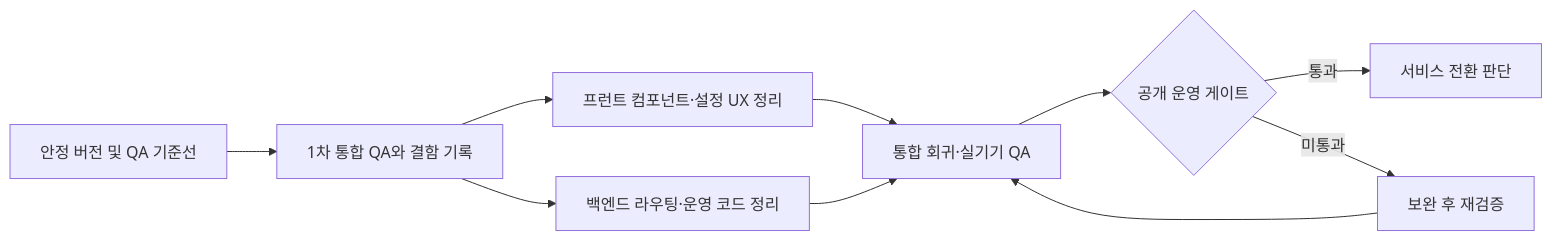
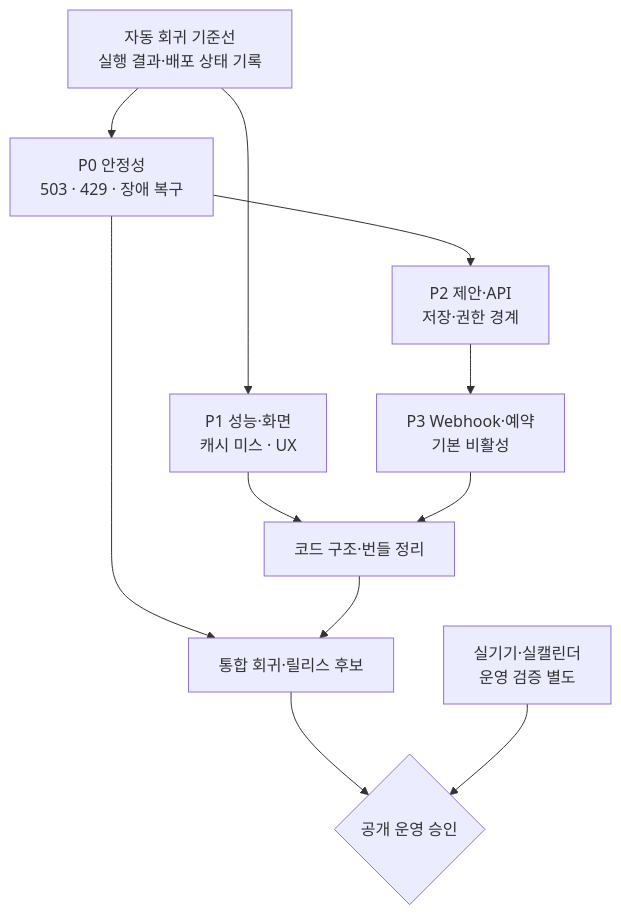
One commit to Transient-Onlooker/opencigan changed the first of 2 diagrams in docs/roadmap.md. Above: the diagram before and after it, drawn with Mermaid. The commit also changed other lines of this file and 4 other files, not shown here.

Commit message:
docs: refresh README, service topology and roadmap diagrams

````diff
--- a/docs/roadmap.md
+++ b/docs/roadmap.md
@@ -23,21 +22,23 @@
 ```mermaid
-flowchart LR
-    Base["안정 버전 및 QA 기준선"]
-    QA["1차 통합 QA와 결함 기록"]
-    FE["프런트 컴포넌트·설정 UX 정리"]
-    BE["백엔드 라우팅·운영 코드 정리"]
-    Verify["통합 회귀·실기기 QA"]
-    Gate{"공개 운영 게이트"}
-    Release["서비스 전환 판단"]
-    Fix["보완 후 재검증"]
+flowchart TB
+    Base["자동 회귀 기준선<br/>실행 결과·배포 상태 기록"]
+    Stable["P0 안정성<br/>503 · 429 · 장애 복구"]
+    Speed["P1 성능·화면<br/>캐시 미스 · UX"]
+    Feature["P2 제안·API<br/>저장·권한 경계"]
+    Notify["P3 Webhook·예약<br/>기본 비활성"]
+    Refactor["코드 구조·번들 정리"]
+    Verify["통합 회귀·릴리스 후보"]
+    Device["실기기·실캘린더<br/>운영 검증 별도"]
+    Decide{"공개 운영 승인"}
 
-    Base --> QA
-    QA --> FE
-    QA --> BE
-    FE --> Verify
-    BE --> Verify
-    Verify --> Gate
-    Gate -->|통과| Release
-    Gate -->|미통과| Fix
-    Fix --> Verify
+    Base --> Stable
+    Base --> Speed
+    Stable --> Feature
+    Feature --> Notify
+    Speed --> Refactor
+    Notify --> Refactor
+    Stable --> Verify
+    Refactor --> Verify
+    Verify --> Decide
+    Device --> Decide
 ```
````
